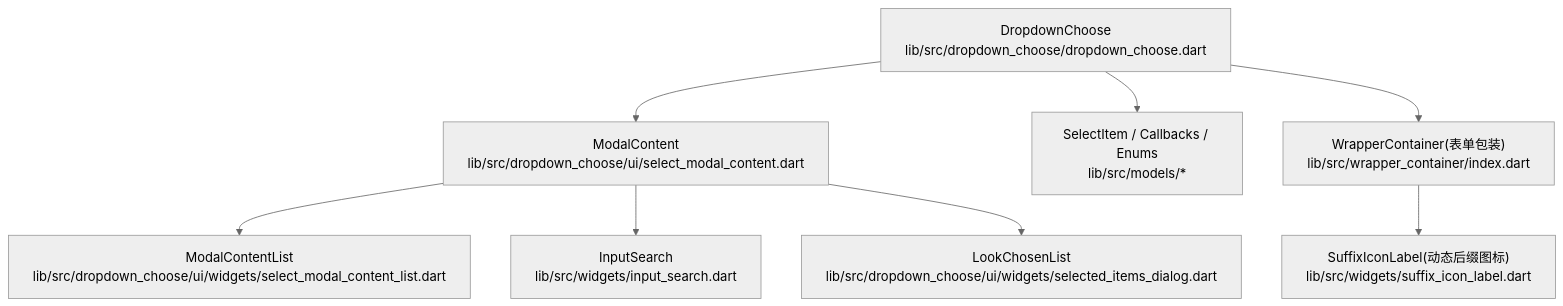
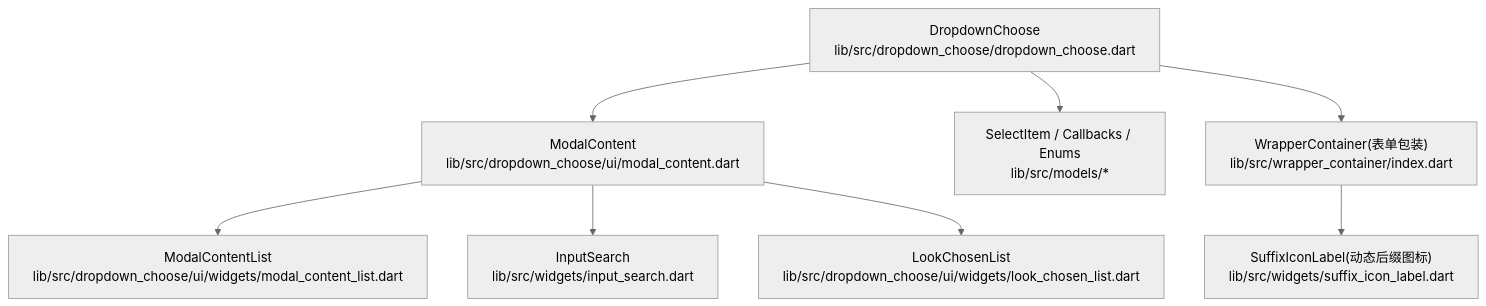
The first of 3 diagrams in .qoder/repowiki/zh/content/API 参考/高级组件 API/DropdownChoose 下拉选择器 API.md (yuzhido/lite-ui), drawn with Mermaid (neutral theme) before and after one commit. The commit also changed other lines of this file and 25 other files, not shown here.

````diff
--- a/.qoder/repowiki/zh/content/API 参考/高级组件 API/DropdownChoose 下拉选择器 API.md
+++ b/.qoder/repowiki/zh/content/API 参考/高级组件 API/DropdownChoose 下拉选择器 API.md
@@ -56,10 +49,10 @@
 ```mermaid
 graph TB
-A["DropdownChoose<br/>lib/src/dropdown_choose/dropdown_choose.dart"] --> B["ModalContent<br/>lib/src/dropdown_choose/ui/select_modal_content.dart"]
-B --> C["ModalContentList<br/>lib/src/dropdown_choose/ui/widgets/select_modal_content_list.dart"]
+A["DropdownChoose<br/>lib/src/dropdown_choose/dropdown_choose.dart"] --> B["ModalContent<br/>lib/src/dropdown_choose/ui/modal_content.dart"]
+B --> C["ModalContentList<br/>lib/src/dropdown_choose/ui/widgets/modal_content_list.dart"]
 B --> D["InputSearch<br/>lib/src/widgets/input_search.dart"]
-B --> E["LookChosenList<br/>lib/src/dropdown_choose/ui/widgets/selected_items_dialog.dart"]
+B --> E["LookChosenList<br/>lib/src/dropdown_choose/ui/widgets/look_chosen_list.dart"]
 A --> F["SelectItem / Callbacks / Enums<br/>lib/src/models/*"]
 A --> G["WrapperContainer(表单包装)<br/>lib/src/wrapper_container/index.dart"]
 G --> H["SuffixIconLabel(动态后缀图标)<br/>lib/src/widgets/suffix_icon_label.dart"]
 ```
````
